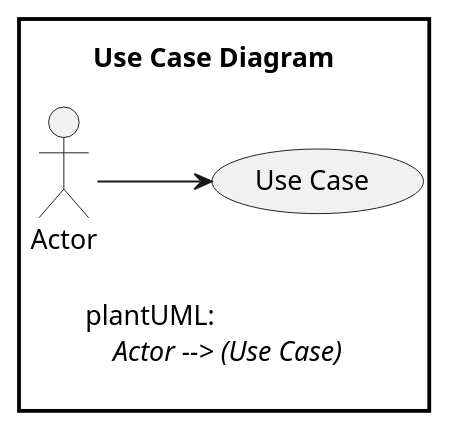
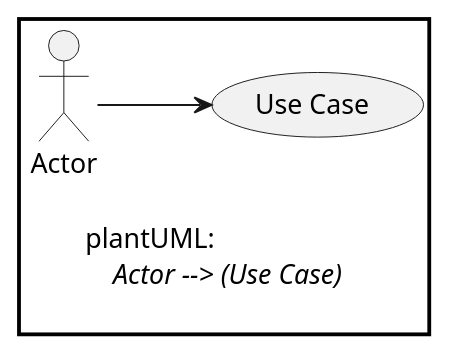
One commit to chraxo/UmlMarkdownCheatSheet changed the fifth of 31 diagrams in uml_markdown_summary.md. Above: the diagram before and after it, drawn with PlantUML. The commit also changed other lines of this file, not shown here.

Commit message:
Cleanup UML summary

```diff
--- a/uml_markdown_summary.md
+++ b/uml_markdown_summary.md
@@ -357,21 +354,21 @@
 @startuml
     skinparam legendFontName Consolas
     skinparam noteFontName Consolas
     skinparam noteBackgroundColor white
     skinparam legendBackgroundColor white
     skinparam legendBorderColor white
     skinparam DiagramBorderColor black
     skinparam DiagramBorderThickness 2
     skinparam style strictuml
     ' skinparam monochrome true
 
     left to right direction
 
-    title Use Case Diagram
+    ' title Use Case Diagram
     
     Actor --> (Use Case)
     legend
         plantUML:
             //Actor --> (Use Case)//
     end legend
 @enduml
```
